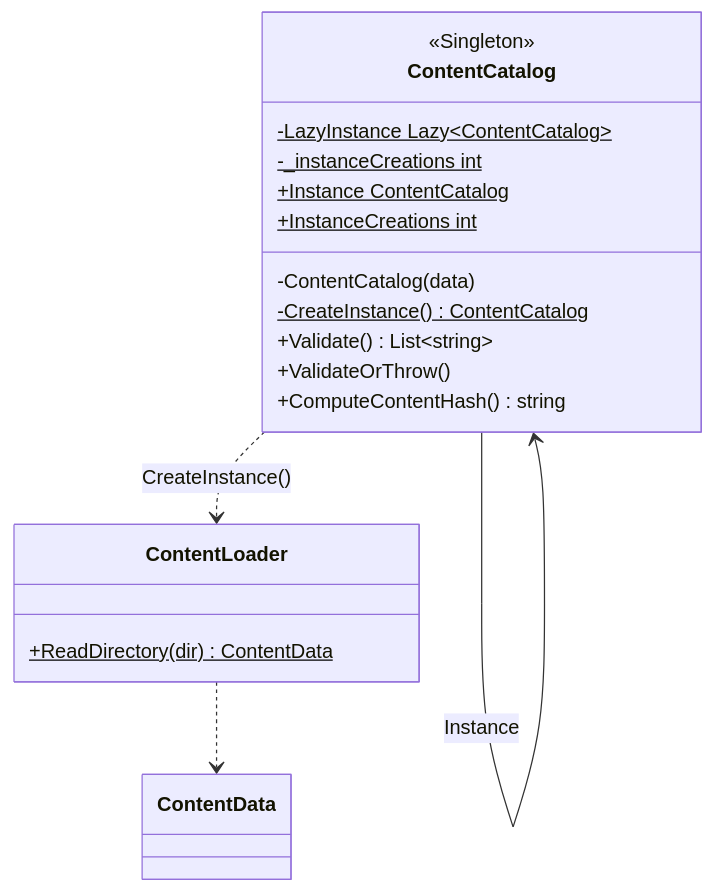
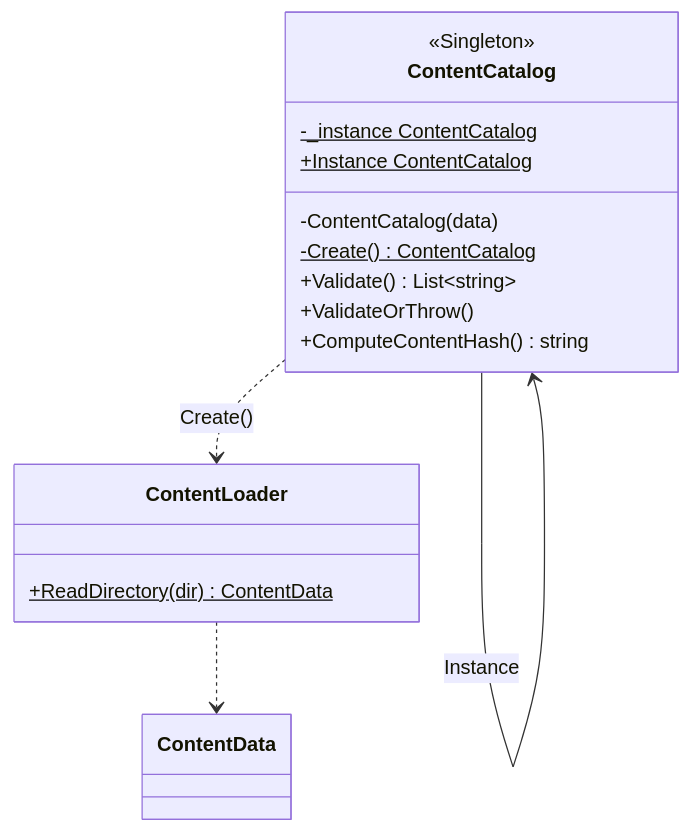
One commit to YoBoyJonas/OPP changed the second of 2 diagrams in docs/patterns/Singleton.md. Above: the diagram before and after it, drawn with Mermaid. The commit also changed other lines of this file and 12 other files, not shown here.

````diff
--- a/docs/patterns/Singleton.md
+++ b/docs/patterns/Singleton.md
@@ -56,22 +54,20 @@
 ```mermaid
 classDiagram
     class ContentCatalog {
         <<Singleton>>
-        -LazyInstance Lazy~ContentCatalog~$
-        -_instanceCreations int$
+        -_instance ContentCatalog$
         +Instance ContentCatalog$
-        +InstanceCreations int$
         -ContentCatalog(data)
-        -CreateInstance() ContentCatalog$
+        -Create() ContentCatalog$
         +Validate() List~string~
         +ValidateOrThrow()
         +ComputeContentHash() string
     }
     class ContentLoader {
         +ReadDirectory(dir) ContentData$
     }
     class ContentData
-    ContentCatalog ..> ContentLoader : CreateInstance()
+    ContentCatalog ..> ContentLoader : Create()
     ContentLoader ..> ContentData
     ContentCatalog --> ContentCatalog : Instance
 ```
````
